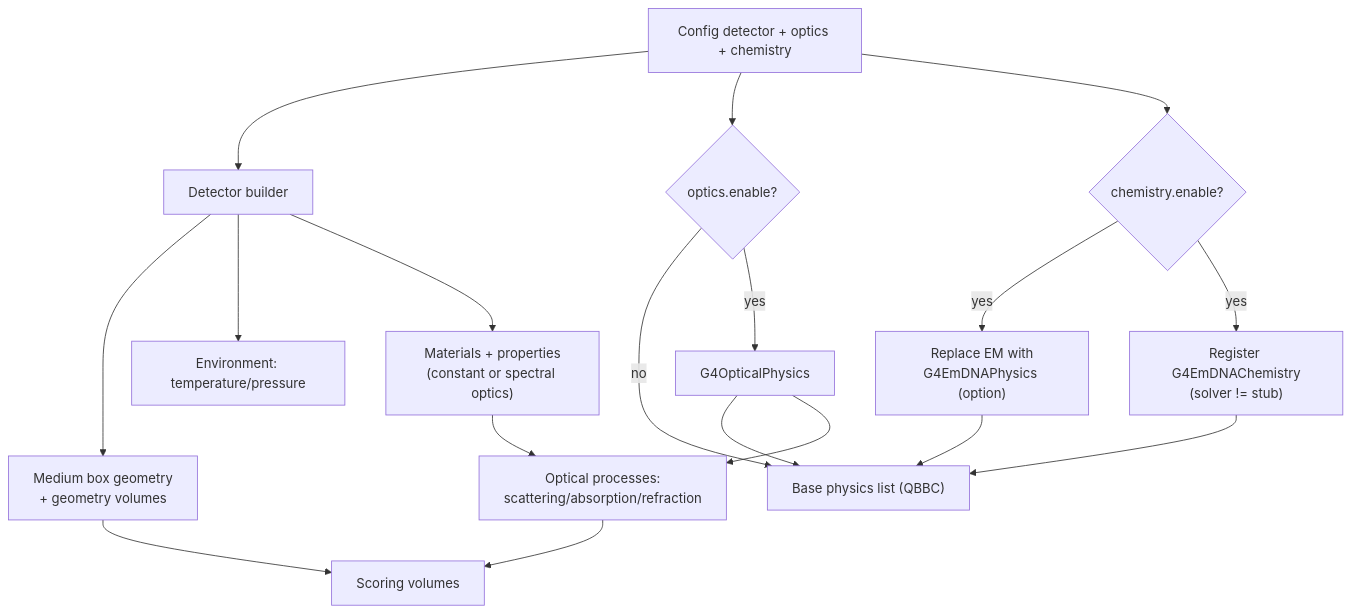
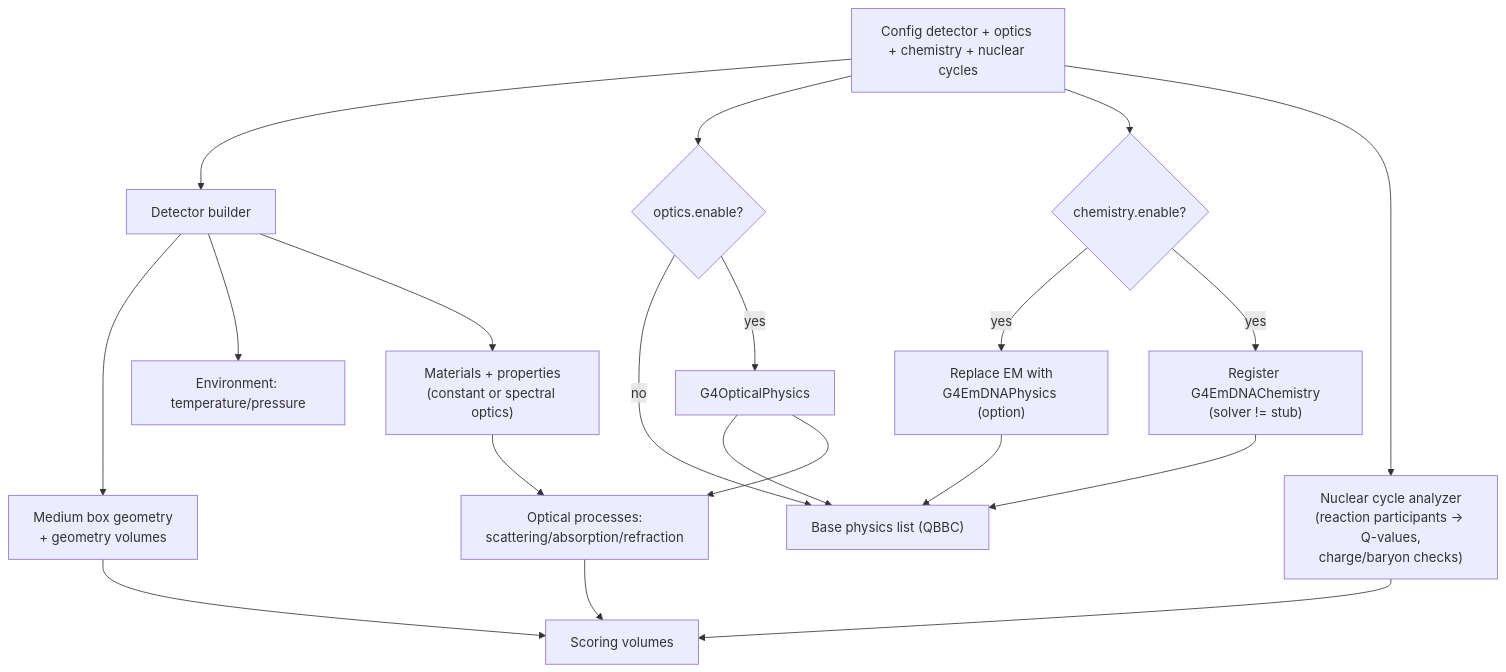
Before and after one commit to Geckos-Ink/trech: the third of 8 diagrams in CHARTS.md, drawn with Mermaid. The commit also changed other lines of this file and 17 other files, not shown here.

````diff
--- a/CHARTS.md
+++ b/CHARTS.md
@@ -73,20 +73,22 @@
 ```mermaid
 flowchart TB
-  CFG["Config detector + optics + chemistry"] --> DETB["Detector builder"]
+  CFG["Config detector + optics + chemistry + nuclear cycles"] --> DETB["Detector builder"]
   DETB --> GEO["Medium box geometry\n+ geometry volumes"]
   DETB --> ENV["Environment: temperature/pressure"]
   DETB --> MAT["Materials + properties\n(constant or spectral optics)"]
   CFG --> OPT{optics.enable?}
   CFG --> CHEM{chemistry.enable?}
   OPT -- no --> PHYBASE["Base physics list (QBBC)"]
   OPT -- yes --> OPTPHYS["G4OpticalPhysics"]
   OPTPHYS --> PHYBASE
   CHEM -- yes --> DNAPHYS["Replace EM with\nG4EmDNAPhysics (option)"]
   CHEM -- yes --> DNACHEM["Register G4EmDNAChemistry\n(solver != stub)"]
+  CFG --> NCYCLE["Nuclear cycle analyzer\n(reaction participants -> Q-values,\ncharge/baryon checks)"]
   DNAPHYS --> PHYBASE
   DNACHEM --> PHYBASE
   OPTPHYS --> OP["Optical processes:\nscattering/absorption/refraction"]
   MAT --> OP
   GEO --> SD["Scoring volumes"]
   OP --> SD
+  NCYCLE --> SD
 ```
````
